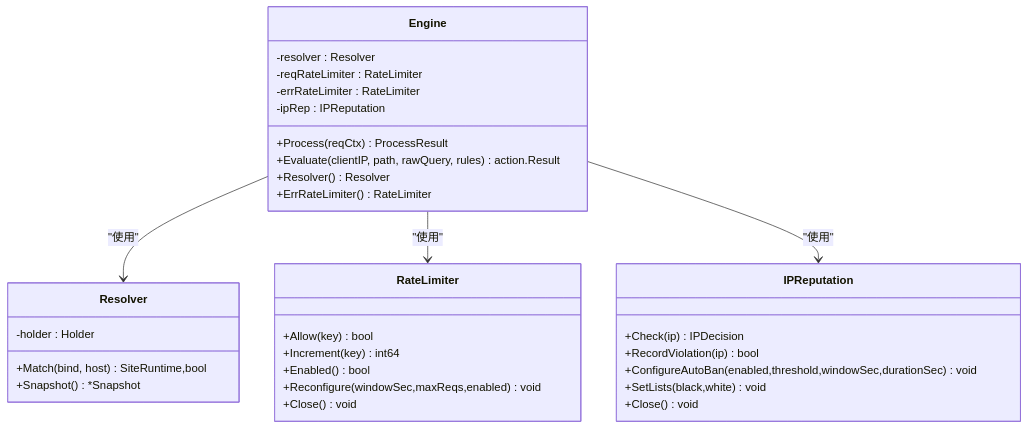
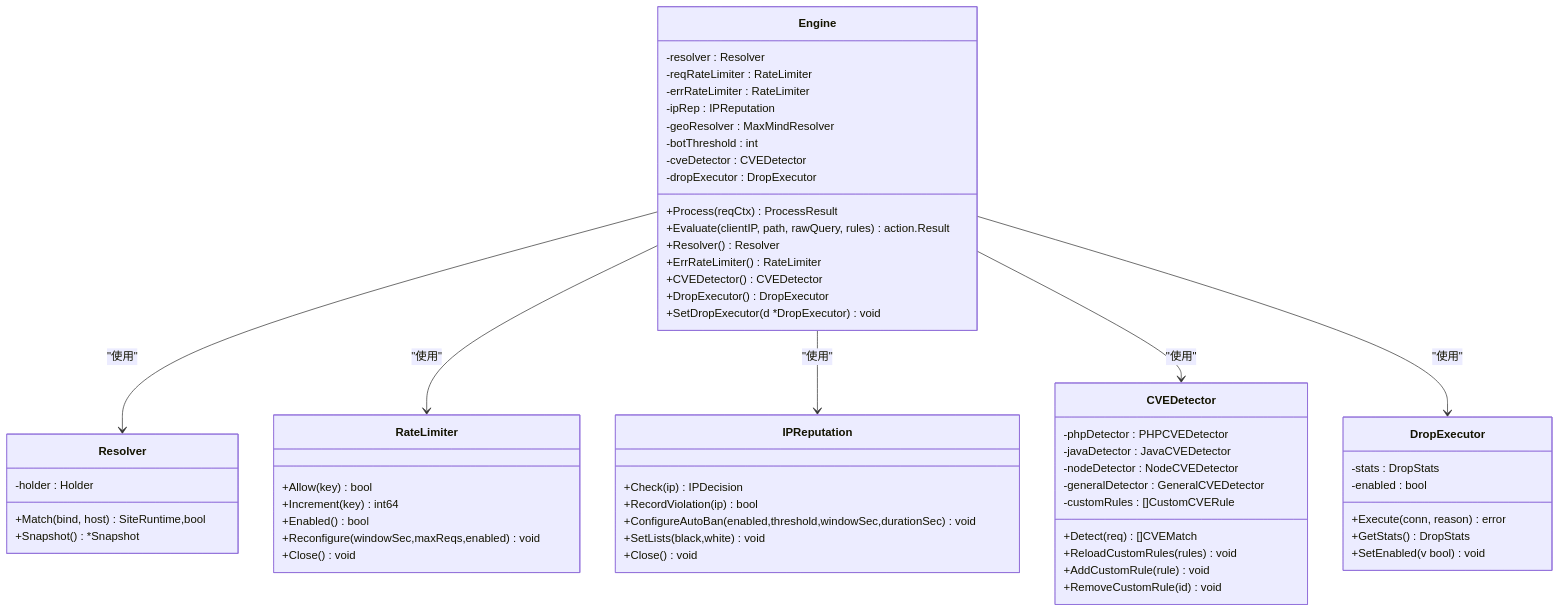
One commit to x01n/My-OpenWaf changed the third of 12 diagrams in docs/WAF 引擎系统/引擎核心架构.md. Above: the diagram before and after it, drawn with Mermaid. The commit also changed other lines of this file and 51 other files, not shown here.

````diff
--- a/docs/WAF 引擎系统/引擎核心架构.md
+++ b/docs/WAF 引擎系统/引擎核心架构.md
@@ -164,35 +212,62 @@
 ```mermaid
 classDiagram
 class Engine {
 -resolver : Resolver
 -reqRateLimiter : RateLimiter
 -errRateLimiter : RateLimiter
 -ipRep : IPReputation
+-geoResolver : MaxMindResolver
+-botThreshold : int
+-cveDetector : CVEDetector
+-dropExecutor : DropExecutor
 +Process(reqCtx) ProcessResult
 +Evaluate(clientIP, path, rawQuery, rules) action.Result
 +Resolver() Resolver
 +ErrRateLimiter() RateLimiter
++CVEDetector() CVEDetector
++DropExecutor() DropExecutor
++SetDropExecutor(d *DropExecutor) void
 }
 class Resolver {
 -holder : Holder
 +Match(bind, host) SiteRuntime,bool
 +Snapshot() *Snapshot
 }
 class RateLimiter {
 +Allow(key) bool
 +Increment(key) int64
 +Enabled() bool
 +Reconfigure(windowSec,maxReqs,enabled) void
 +Close() void
 }
 class IPReputation {
 +Check(ip) IPDecision
 +RecordViolation(ip) bool
 +ConfigureAutoBan(enabled,threshold,windowSec,durationSec) void
 +SetLists(black,white) void
 +Close() void
 }
+class CVEDetector {
+-phpDetector : PHPCVEDetector
+-javaDetector : JavaCVEDetector
+-nodeDetector : NodeCVEDetector
+-generalDetector : GeneralCVEDetector
+-customRules : []CustomCVERule
++Detect(req) []CVEMatch
++ReloadCustomRules(rules) void
++AddCustomRule(rule) void
++RemoveCustomRule(id) void
+}
+class DropExecutor {
+-stats : DropStats
+-enabled : bool
++Execute(conn, reason) error
++GetStats() DropStats
++SetEnabled(v bool) void
+}
 Engine --> Resolver : "使用"
 Engine --> RateLimiter : "使用"
 Engine --> IPReputation : "使用"
+Engine --> CVEDetector : "使用"
+Engine --> DropExecutor : "使用"
 ```
````
